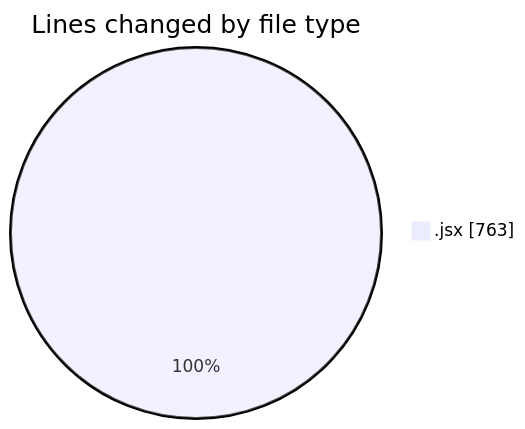
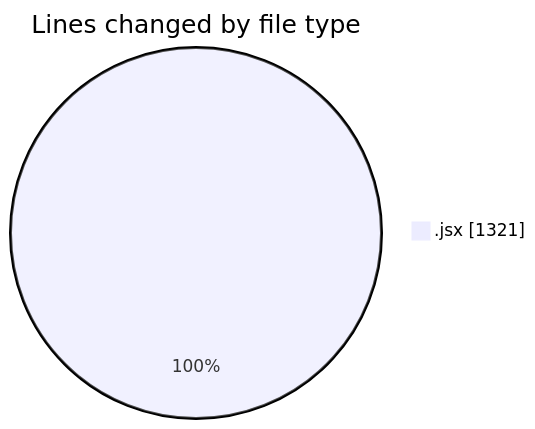
Before and after one commit to nxtqubesakshisongat/code-tracking: the first of 2 diagrams in 2025-08-26/nxtqube_webapp/README.md, drawn with Mermaid. The commit also changed other lines of this file and 1 other file, not shown here.

````diff
--- a/2025-08-26/nxtqube_webapp/README.md
+++ b/2025-08-26/nxtqube_webapp/README.md
@@ -22,5 +23,5 @@
 ```mermaid
 pie showData
 title Lines changed by file type
-".jsx" : 763
+".jsx" : 1321
 ```
````
